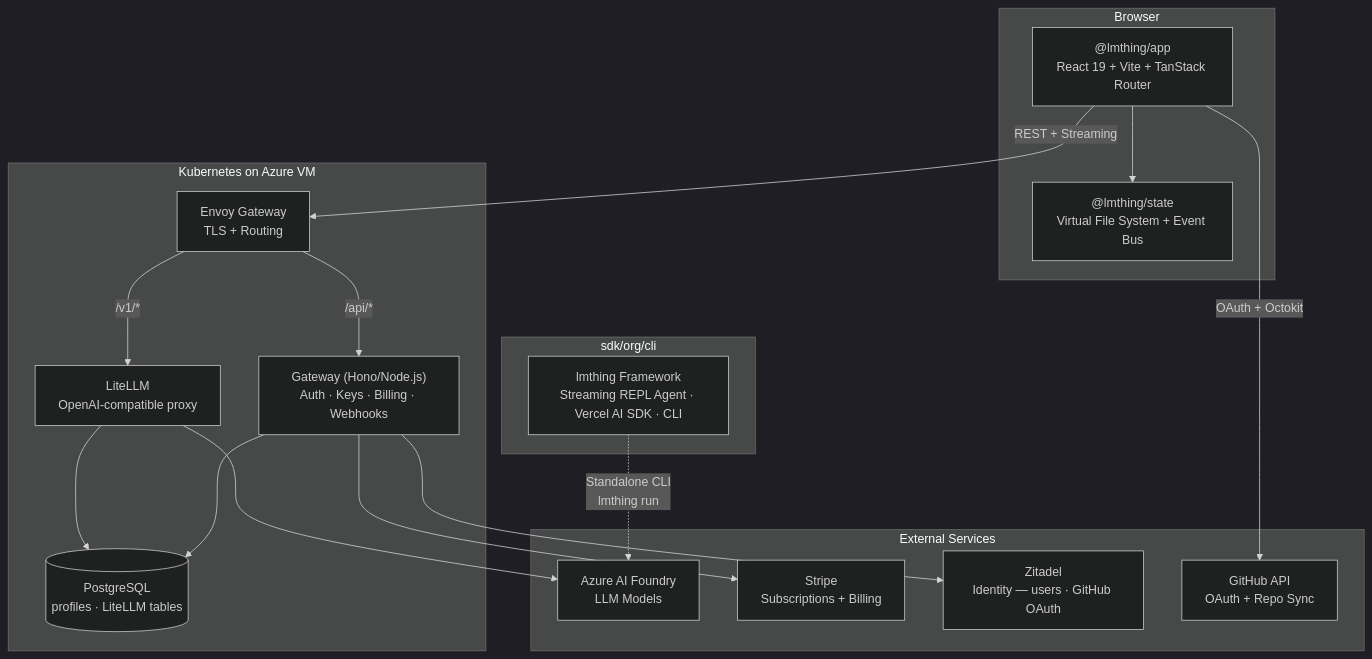
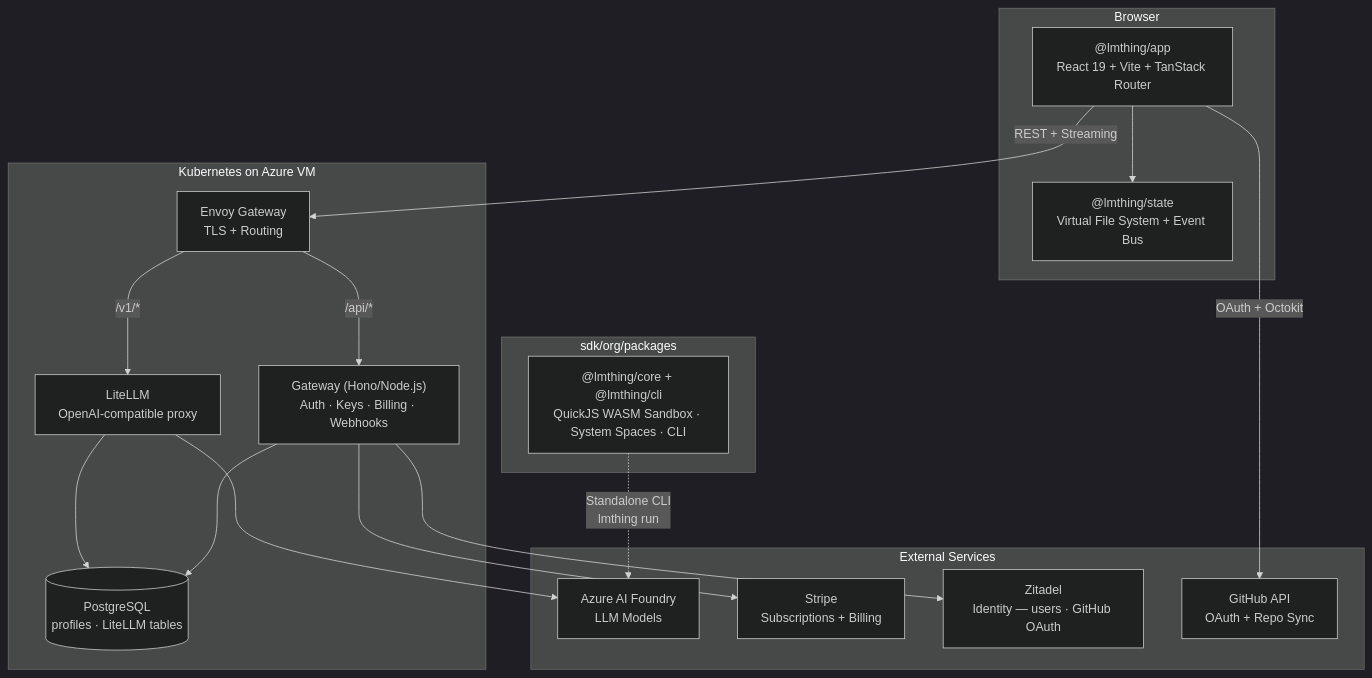
Before and after one commit to lmthing/lmthing: the first of 5 diagrams in CLAUDE.md, drawn with Mermaid (dark theme). The commit also changed other lines of this file and 3 other files, not shown here.

Commit message:
fix: update pnpm workspace configuration to include specific org packages

````diff
--- a/CLAUDE.md
+++ b/CLAUDE.md
@@ -85,37 +86,37 @@
 ```mermaid
 graph TB
     subgraph Browser["Browser"]
         App["@lmthing/app<br/>React 19 + Vite + TanStack Router"]
         State["@lmthing/state<br/>Virtual File System + Event Bus"]
         App --> State
     end
 
     subgraph Cloud["Kubernetes on Azure VM"]
         Envoy["Envoy Gateway<br/>TLS + Routing"]
         LiteLLM["LiteLLM<br/>OpenAI-compatible proxy"]
         Gateway["Gateway (Hono/Node.js)<br/>Auth · Keys · Billing · Webhooks"]
         DB[("PostgreSQL<br/>profiles · LiteLLM tables")]
         Envoy -- "/v1/*" --> LiteLLM
         Envoy -- "/api/*" --> Gateway
         LiteLLM --> DB
         Gateway --> DB
     end
 
     subgraph External["External Services"]
         Azure["Azure AI Foundry<br/>LLM Models"]
         Stripe["Stripe<br/>Subscriptions + Billing"]
         Zitadel["Zitadel<br/>Identity — users · GitHub OAuth"]
         GitHub["GitHub API<br/>OAuth + Repo Sync"]
     end
 
-    subgraph Library["sdk/org/cli"]
-        Core["lmthing Framework<br/>Streaming REPL Agent · Vercel AI SDK · CLI"]
+    subgraph Library["sdk/org/packages"]
+        Core["@lmthing/core + @lmthing/cli<br/>QuickJS WASM Sandbox · System Spaces · CLI"]
     end
 
     App -- "REST + Streaming" --> Envoy
     LiteLLM --> Azure
     Gateway --> Stripe
     Gateway --> Zitadel
     App -- "OAuth + Octokit" --> GitHub
     Core -. "Standalone CLI<br/>lmthing run" .-> Azure
 ```
````
